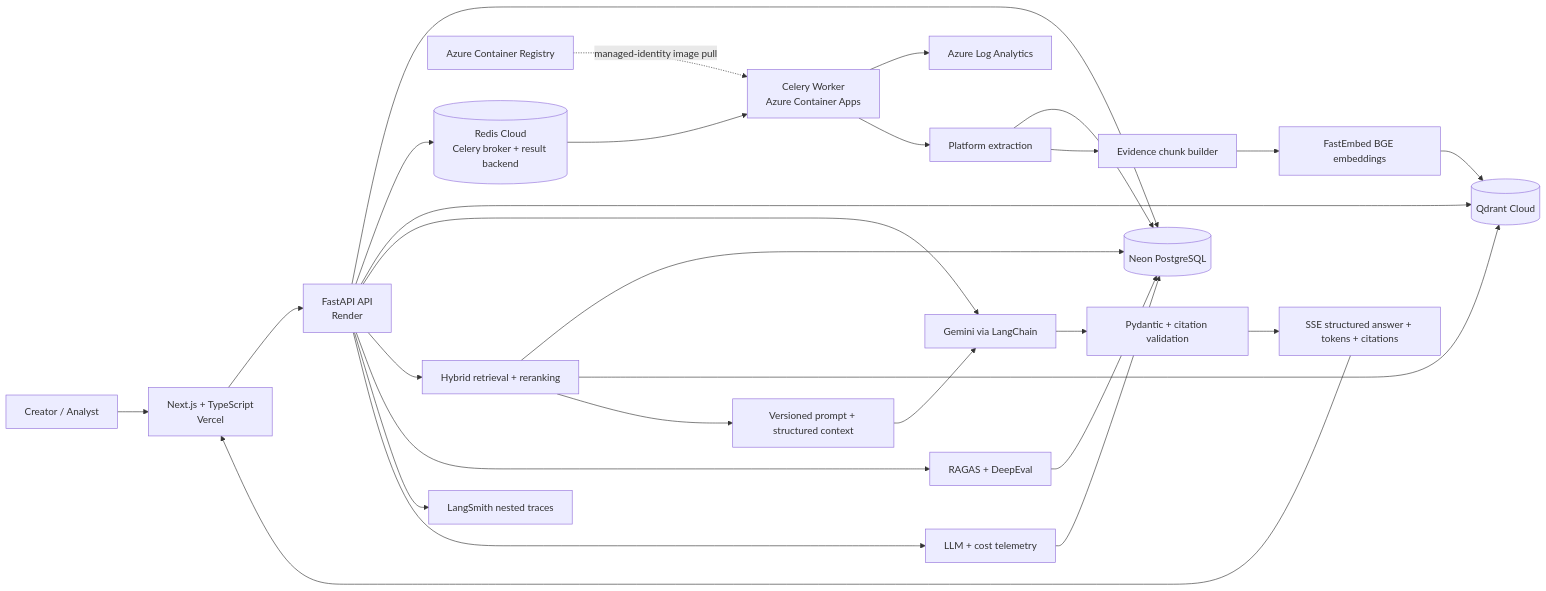
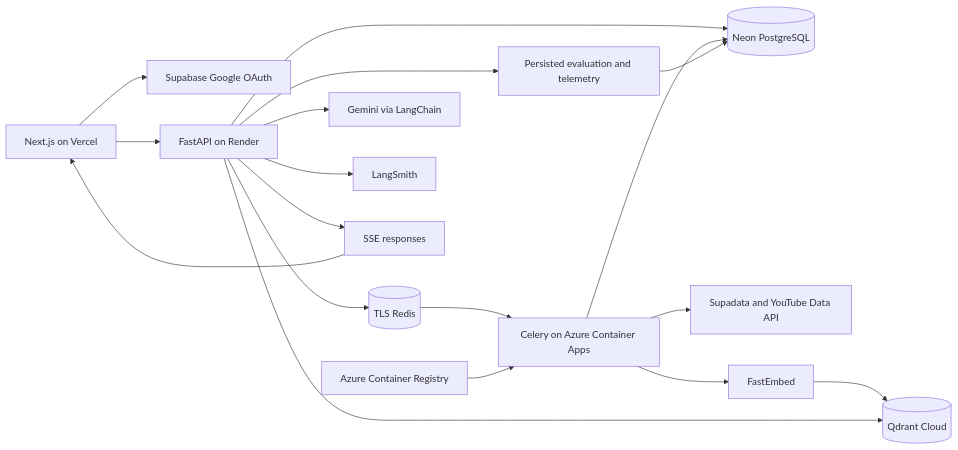
Before and after one commit to DiloJan-26/CreatorLens-AI: the second of 4 diagrams in README.md, drawn with Mermaid. The commit also changed other lines of this file, not shown here.

````diff
--- a/README.md
+++ b/README.md
@@ -354,35 +218,20 @@
 ```mermaid
 flowchart LR
-    USER[Creator / Analyst] --> FE[Next.js + TypeScript<br/>Vercel]
-    FE --> API[FastAPI API<br/>Render]
-
+    UI[Next.js on Vercel] --> AUTH[Supabase Google OAuth]
+    UI --> API[FastAPI on Render]
     API --> PG[(Neon PostgreSQL)]
-    API --> REDIS[(Redis Cloud<br/>Celery broker + result backend)]
-    API --> QDRANT[(Qdrant Cloud)]
-    API --> GEMINI[Gemini via LangChain]
-
-    REDIS --> WORKER[Celery Worker<br/>Azure Container Apps]
-    ACR[Azure Container Registry] -. managed-identity image pull .-> WORKER
-    WORKER --> LOGS[Azure Log Analytics]
-
-    WORKER --> EXTRACT[Platform extraction]
-    EXTRACT --> PG
-    EXTRACT --> CHUNK[Evidence chunk builder]
-    CHUNK --> EMBED[FastEmbed BGE embeddings]
-    EMBED --> QDRANT
-
-    API --> RETRIEVE[Hybrid retrieval + reranking]
-    RETRIEVE --> PG
-    RETRIEVE --> QDRANT
-    RETRIEVE --> PROMPT[Versioned prompt + structured context]
-    PROMPT --> GEMINI
-    GEMINI --> VALIDATE[Pydantic + citation validation]
-    VALIDATE --> SSE[SSE structured answer + tokens + citations]
-    SSE --> FE
-
-    API --> EVAL[RAGAS + DeepEval]
-    EVAL --> PG
-    API --> TRACE[LangSmith nested traces]
-    API --> TELEMETRY[LLM + cost telemetry]
-    TELEMETRY --> PG
+    API --> REDIS[(TLS Redis)]
+    REDIS --> WORKER[Celery on Azure Container Apps]
+    ACR[Azure Container Registry] --> WORKER
+    WORKER --> SOURCE[Supadata and YouTube Data API]
+    WORKER --> PG
+    WORKER --> EMBED[FastEmbed]
+    EMBED --> Q[(Qdrant Cloud)]
+    API --> Q
+    API --> LLM[Gemini via LangChain]
+    API --> TRACE[LangSmith]
+    API --> OPS[Persisted evaluation and telemetry]
+    OPS --> PG
+    API --> SSE[SSE responses]
+    SSE --> UI
 ```
````
